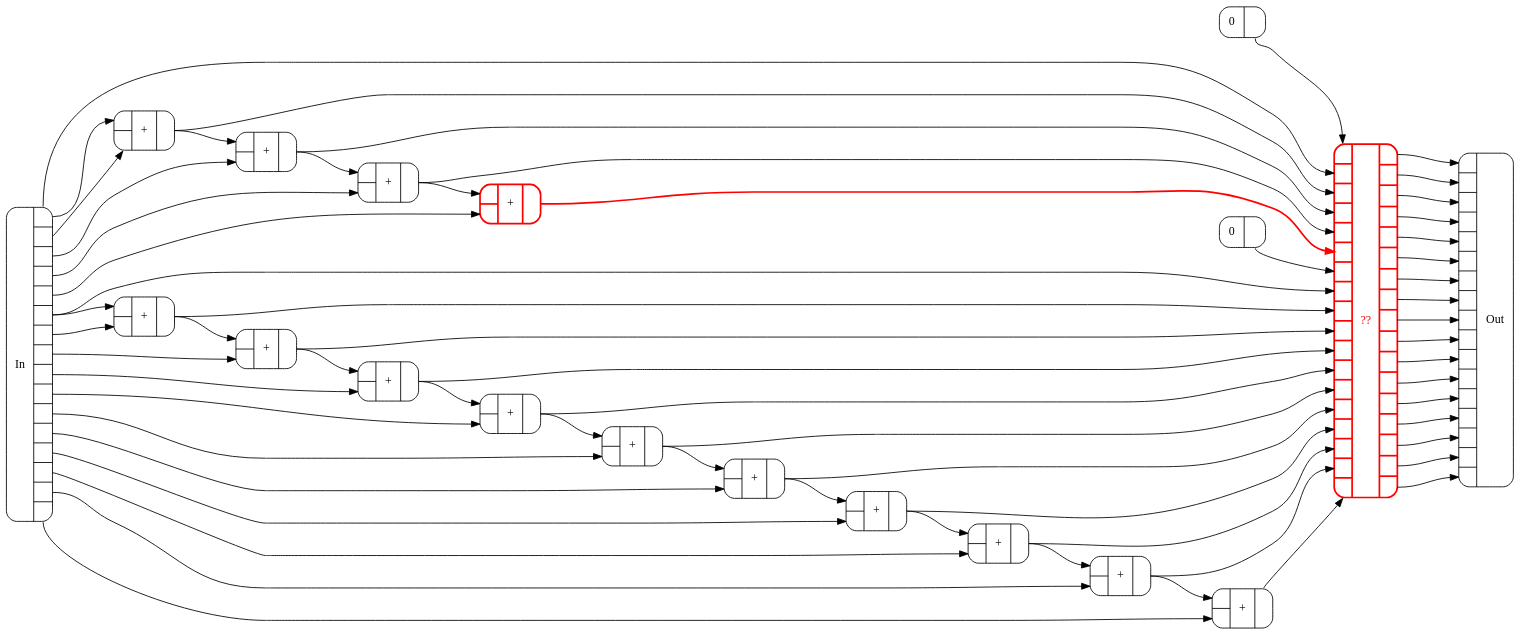
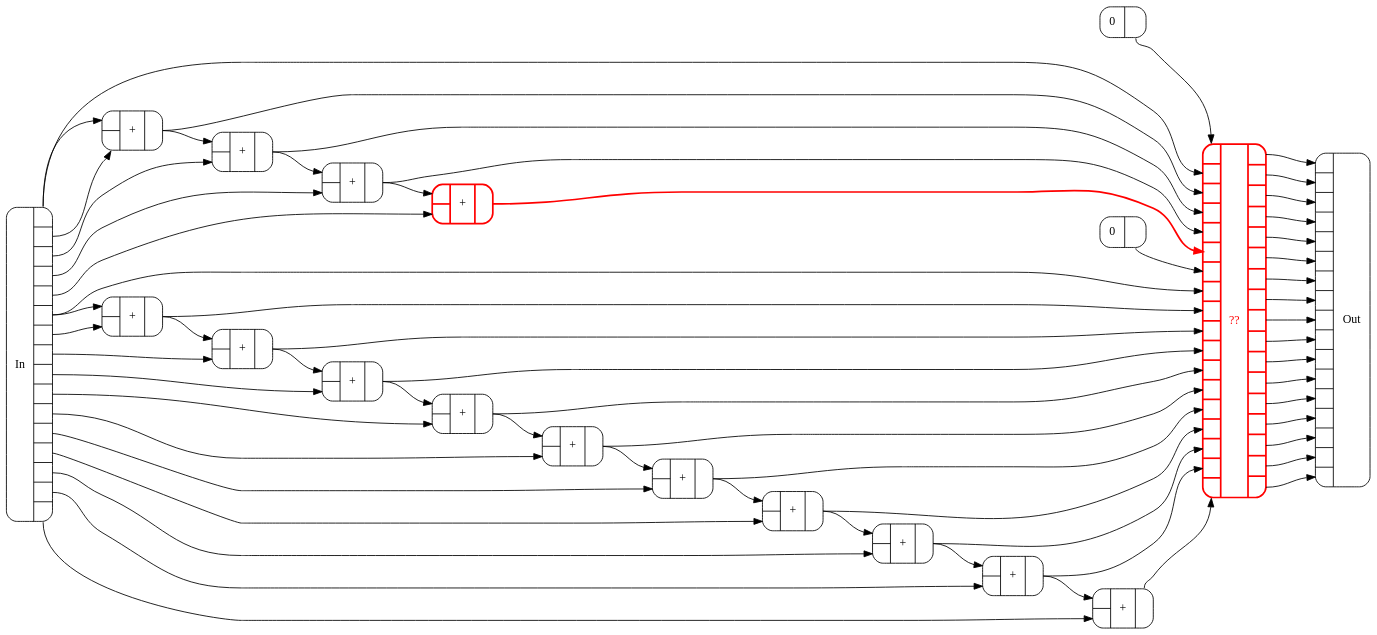
Before and after one commit to conal/talk-2016-generic-parallel-scan: the diagram in Figures/circuits/lsums-lv5-lv11-unknown-no-hash-highlight.dot, drawn with Graphviz. The commit also changed 16 other files, not shown here.

```diff
--- a/Figures/circuits/lsums-lv5-lv11-unknown-no-hash-highlight.dot
+++ b/Figures/circuits/lsums-lv5-lv11-unknown-no-hash-highlight.dot
@@ -1,92 +1,92 @@
 digraph lsums_lv5_lv11_unknown_no_hash {
   margin=0;
   rankdir=LR;
   node [shape=Mrecord];
   bgcolor=transparent;
   nslimit=20;
-  ranksep="1.0";
+  ranksep="0.8";
   c0 [label="{{<In0>|<In1>|<In2>|<In3>|<In4>|<In5>|<In6>|<In7>|<In8>|<In9>|<In10>|<In11>|<In12>|<In13>|<In14>|<In15>|<In16>}|Out}"];
   c1 [label="{{<In0>|<In1>|<In2>|<In3>|<In4>|<In5>|<In6>|<In7>|<In8>|<In9>|<In10>|<In11>|<In12>|<In13>|<In14>|<In15>|<In16>|<In17>}|??|{<Out0>|<Out1>|<Out2>|<Out3>|<Out4>|<Out5>|<Out6>|<Out7>|<Out8>|<Out9>|<Out10>|<Out11>|<Out12>|<Out13>|<Out14>|<Out15>|<Out16>}}",fontcolor=red,color=red,style=bold];
   c3 [label="{{<In0>|<In1>}|+|{<Out0>}}"];
   c4 [label="{{<In0>|<In1>}|+|{<Out0>}}"];
   c5 [label="{{<In0>|<In1>}|+|{<Out0>}}"];
   c6 [label="{{<In0>|<In1>}|+|{<Out0>}}"];
   c7 [label="{{<In0>|<In1>}|+|{<Out0>}}"];
   c8 [label="{{<In0>|<In1>}|+|{<Out0>}}"];
   c9 [label="{{<In0>|<In1>}|+|{<Out0>}}"];
   c10 [label="{{<In0>|<In1>}|+|{<Out0>}}"];
   c11 [label="{{<In0>|<In1>}|+|{<Out0>}}"];
   c12 [label="{{<In0>|<In1>}|+|{<Out0>}}"];
   c13 [label="{0|{<Out0>}}"];
   c29 [label="{{<In0>|<In1>}|+|{<Out0>}}" color=red,style=bold];
   c30 [label="{{<In0>|<In1>}|+|{<Out0>}}"];
   c31 [label="{{<In0>|<In1>}|+|{<Out0>}}"];
   c32 [label="{{<In0>|<In1>}|+|{<Out0>}}"];
   c33 [label="{0|{<Out0>}}"];
   c42 [label="{In|{<Out0>|<Out1>|<Out2>|<Out3>|<Out4>|<Out5>|<Out6>|<Out7>|<Out8>|<Out9>|<Out10>|<Out11>|<Out12>|<Out13>|<Out14>|<Out15>}}"];
   c1:Out0 -> c0:In0 [];
   c1:Out1 -> c0:In1 [];
   c1:Out2 -> c0:In2 [];
   c1:Out3 -> c0:In3 [];
   c1:Out4 -> c0:In4 [];
   c1:Out5 -> c0:In5 [];
   c1:Out6 -> c0:In6 [];
   c1:Out7 -> c0:In7 [];
   c1:Out8 -> c0:In8 [];
   c1:Out9 -> c0:In9 [];
   c1:Out10 -> c0:In10 [];
   c1:Out11 -> c0:In11 [];
   c1:Out12 -> c0:In12 [];
   c1:Out13 -> c0:In13 [];
   c1:Out14 -> c0:In14 [];
   c1:Out15 -> c0:In15 [];
   c1:Out16 -> c0:In16 [];
   c33:Out0 -> c1:In0 [];
   c42:Out0 -> c1:In1 [];
   c32:Out0 -> c1:In2 [];
   c31:Out0 -> c1:In3 [];
   c30:Out0 -> c1:In4 [];
   c29:Out0 -> c1:In5 [color=red,style=bold];
   c13:Out0 -> c1:In6 [];
   c42:Out5 -> c1:In7 [];
   c12:Out0 -> c1:In8 [];
   c11:Out0 -> c1:In9 [];
   c10:Out0 -> c1:In10 [];
   c9:Out0 -> c1:In11 [];
   c8:Out0 -> c1:In12 [];
   c7:Out0 -> c1:In13 [];
   c6:Out0 -> c1:In14 [];
   c5:Out0 -> c1:In15 [];
   c4:Out0 -> c1:In16 [];
   c3:Out0 -> c1:In17 [];
   c4:Out0 -> c3:In0 [];
   c42:Out15 -> c3:In1 [];
   c5:Out0 -> c4:In0 [];
   c42:Out14 -> c4:In1 [];
   c6:Out0 -> c5:In0 [];
   c42:Out13 -> c5:In1 [];
   c7:Out0 -> c6:In0 [];
   c42:Out12 -> c6:In1 [];
   c8:Out0 -> c7:In0 [];
   c42:Out11 -> c7:In1 [];
   c9:Out0 -> c8:In0 [];
   c42:Out10 -> c8:In1 [];
   c10:Out0 -> c9:In0 [];
   c42:Out9 -> c9:In1 [];
   c11:Out0 -> c10:In0 [];
   c42:Out8 -> c10:In1 [];
   c12:Out0 -> c11:In0 [];
   c42:Out7 -> c11:In1 [];
   c42:Out5 -> c12:In0 [];
   c42:Out6 -> c12:In1 [];
   c30:Out0 -> c29:In0 [];
   c42:Out4 -> c29:In1 [];
   c31:Out0 -> c30:In0 [];
   c42:Out3 -> c30:In1 [];
   c32:Out0 -> c31:In0 [];
   c42:Out2 -> c31:In1 [];
   c42:Out0 -> c32:In0 [];
   c42:Out1 -> c32:In1 [];
 }
 
 // lsums-lv5-lv11-unknown-no-hash components: 14 +, 2 0, 1 ??, 17 total. Max depth: 11.
```
